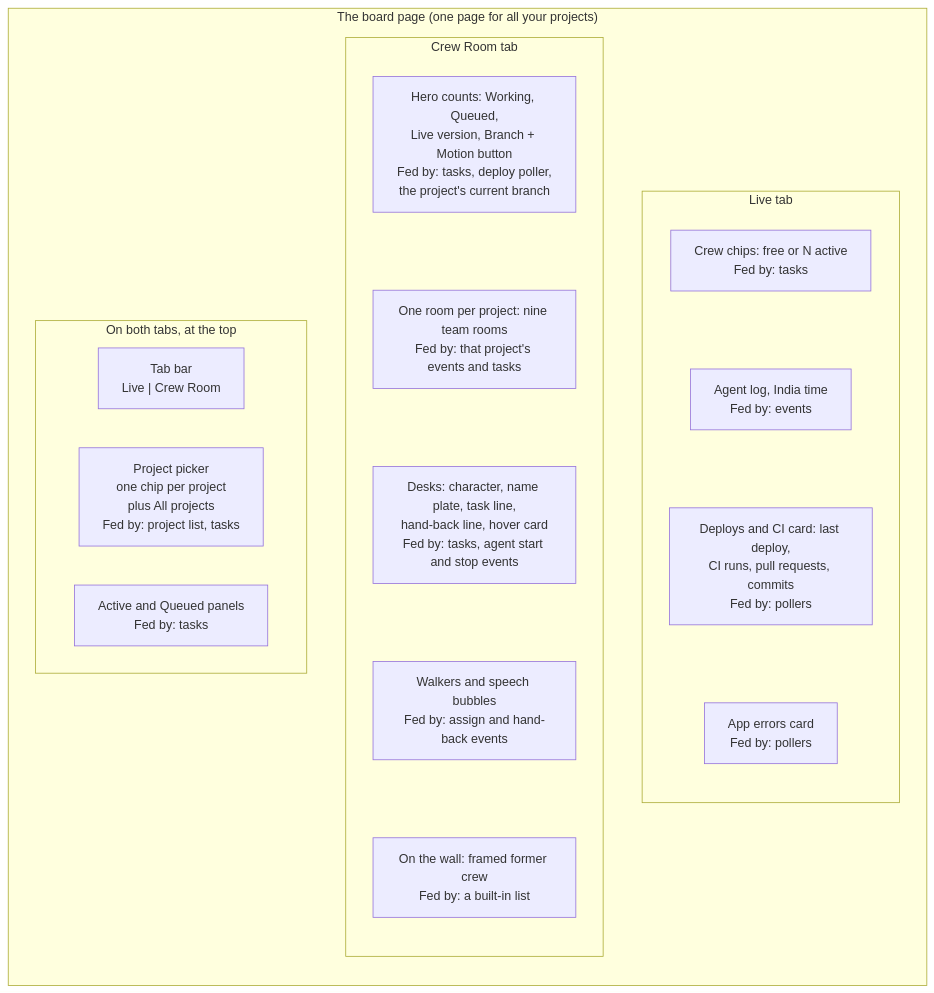
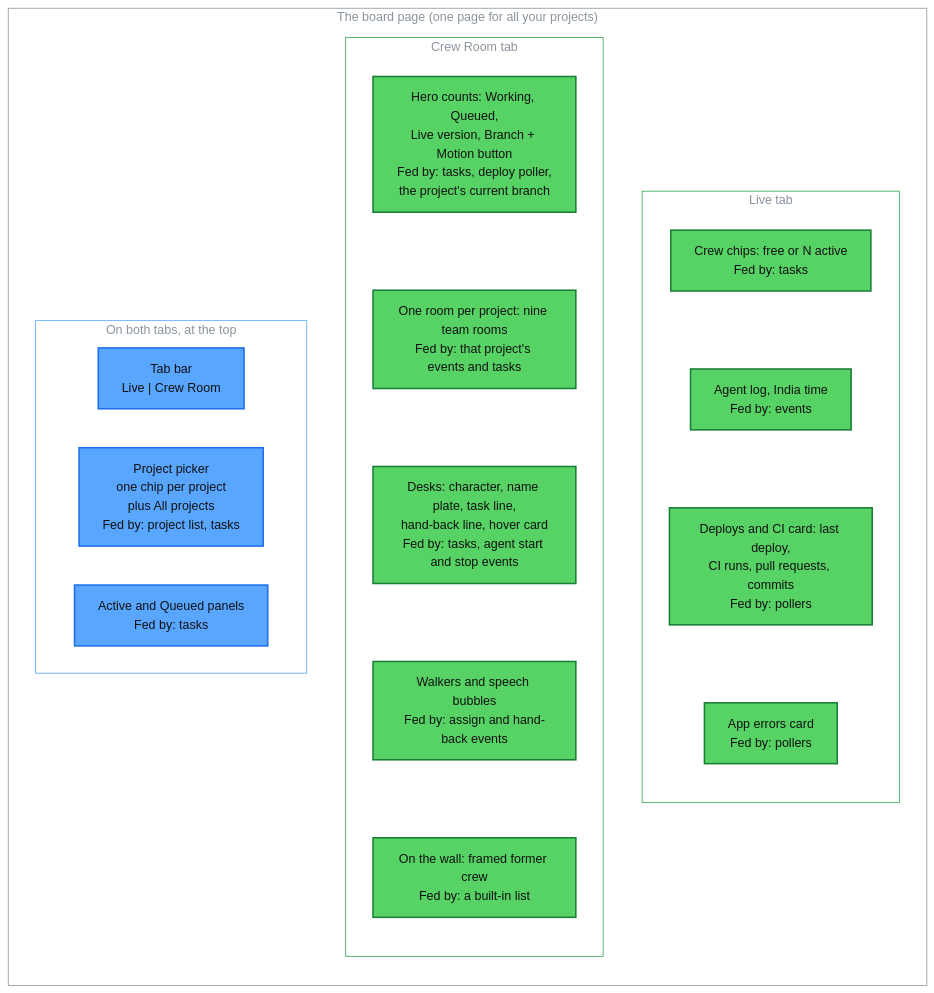
Before and after one commit to amanpatil808/claude-crew: the fourth of 4 diagrams in README.md, drawn with Mermaid. The commit also changed other lines of this file and 8 other files, not shown here.

First line of the commit message:
README: real Crew Room screenshots, coloured diagrams, demo seeder

````diff
--- a/README.md
+++ b/README.md
@@ -165,29 +250,49 @@
 ```mermaid
 flowchart TB
   subgraph PAGE["The board page (one page for all your projects)"]
     direction TB
     subgraph LT["Live tab"]
       direction TB
       CC["Crew chips: free or N active<br/>Fed by: tasks"]
       AL["Agent log, India time<br/>Fed by: events"]
       CI["Deploys and CI card: last deploy,<br/>CI runs, pull requests, commits<br/>Fed by: pollers"]
       ER["App errors card<br/>Fed by: pollers"]
       CC ~~~ AL ~~~ CI ~~~ ER
     end
     subgraph RT["Crew Room tab"]
       direction TB
       HR["Hero counts: Working, Queued,<br/>Live version, Branch + Motion button<br/>Fed by: tasks, deploy poller,<br/>the project's current branch"]
       RM["One room per project: nine team rooms<br/>Fed by: that project's events and tasks"]
       DK["Desks: character, name plate, task line,<br/>hand-back line, hover card<br/>Fed by: tasks, agent start and stop events"]
       WK["Walkers and speech bubbles<br/>Fed by: assign and hand-back events"]
       WL["On the wall: framed former crew<br/>Fed by: a built-in list"]
       HR ~~~ RM ~~~ DK ~~~ WK ~~~ WL
     end
     subgraph TOP["On both tabs, at the top"]
       direction LR
       TB["Tab bar<br/>Live | Crew Room"]
       PK["Project picker<br/>one chip per project<br/>plus All projects<br/>Fed by: project list, tasks"]
       PN["Active and Queued panels<br/>Fed by: tasks"]
     end
   end
+
+  classDef mgmt fill:#58a6ff,stroke:#1f6feb,color:#111,stroke-width:2px
+  classDef backend fill:#e3b341,stroke:#9a6700,color:#111,stroke-width:2px
+  classDef frontend fill:#ff7b72,stroke:#cf222e,color:#111,stroke-width:2px
+  classDef devops fill:#39c5cf,stroke:#0e7490,color:#111,stroke-width:2px
+  classDef security fill:#8e9cf5,stroke:#4c5bd4,color:#111,stroke-width:2px
+  classDef qa fill:#bc8cff,stroke:#8250df,color:#111,stroke-width:2px
+  classDef research fill:#f0883e,stroke:#bc4c00,color:#111,stroke-width:2px
+  classDef docs fill:#f778ba,stroke:#bf3989,color:#111,stroke-width:2px
+  classDef helpers fill:#c9b97a,stroke:#8a7a3a,color:#111,stroke-width:2px
+  classDef data fill:#9aa5b1,stroke:#57606a,color:#111,stroke-width:2px
+  classDef board fill:#56d364,stroke:#1a7f37,color:#111,stroke-width:2px
+  classDef ext fill:#c5ccd4,stroke:#57606a,color:#111,stroke-width:2px,stroke-dasharray:5 3
+  class CC,AL,CI,ER board
+  class HR,RM,DK,WK,WL board
+  class TB,PK,PN mgmt
+  style PAGE fill:transparent,stroke:#8b949e,color:#8b949e
+  style LT fill:transparent,stroke:#2da44e,color:#8b949e
+  style RT fill:transparent,stroke:#2da44e,color:#8b949e
+  style TOP fill:transparent,stroke:#58a6ff,color:#8b949e
 ```
````
